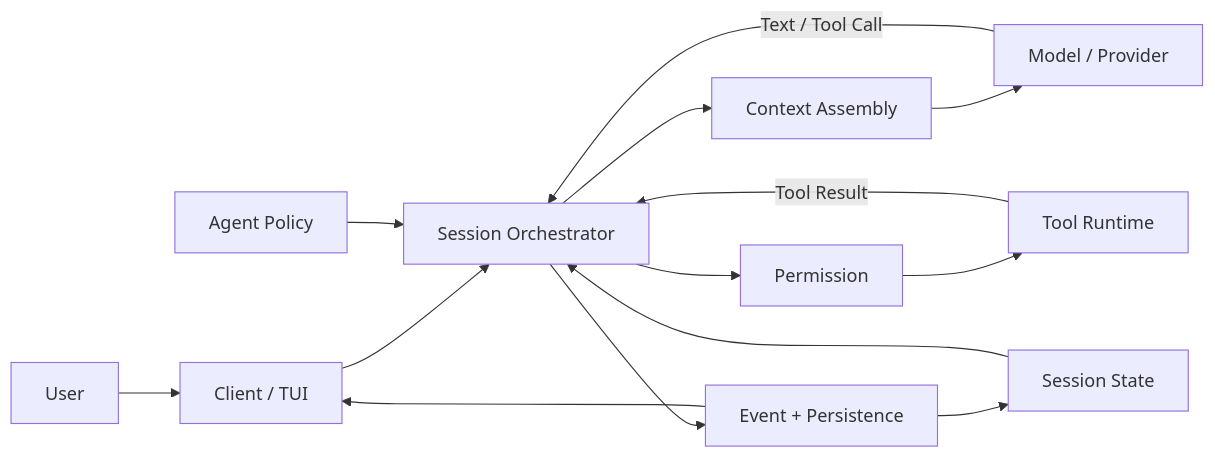
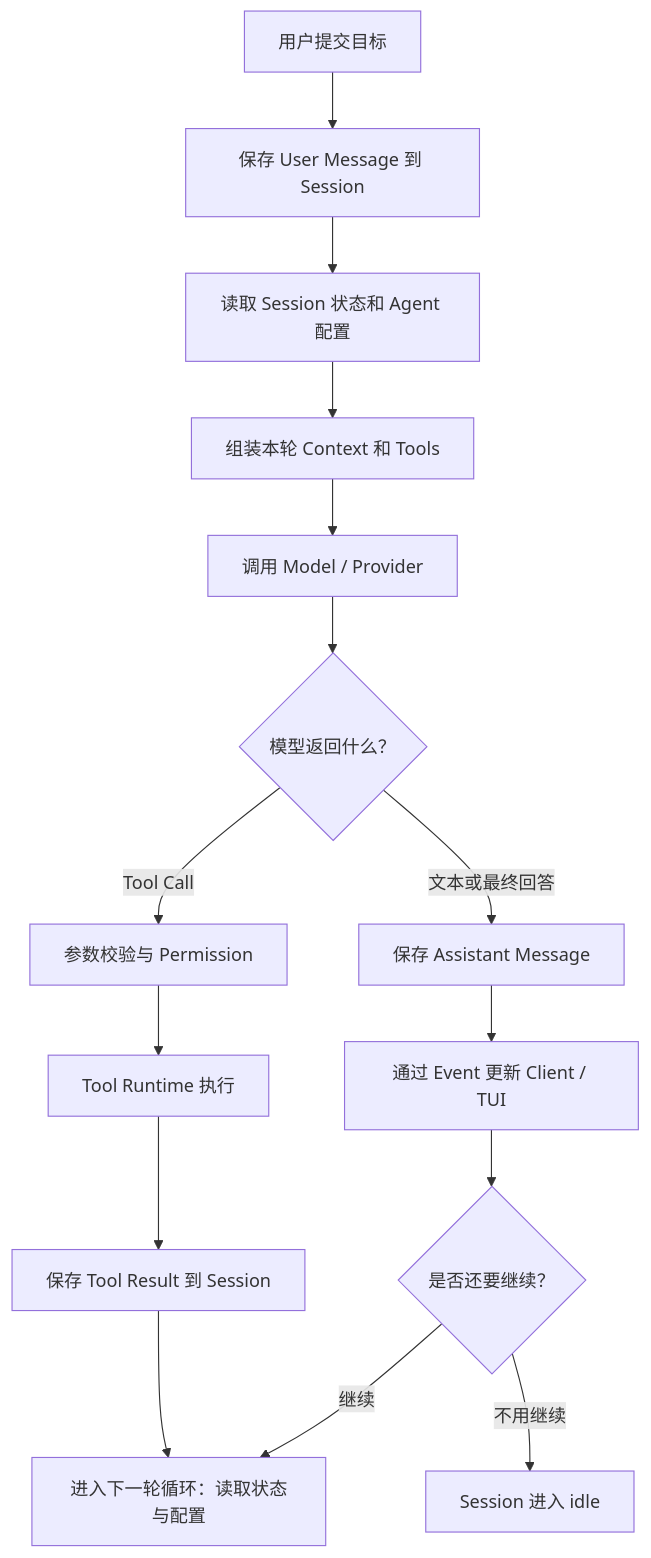
The diagram in Opencode_Harness/06_Harness.md (wuzhongyun648/Opencode_guide), drawn with Mermaid before and after one commit. The commit also changed other lines of this file and 33 other files, not shown here.

````diff
--- a/Opencode_Harness/06_Harness.md
+++ b/Opencode_Harness/06_Harness.md
@@ -72,19 +57,21 @@
 ```mermaid
-flowchart LR
-    U[User] --> C[Client / TUI]
-    C --> O[Session Orchestrator]
+flowchart TB
+    U[用户提交目标] --> S1[保存 User Message 到 Session]
+    S1 --> L[读取 Session 状态和 Agent 配置]
+    L --> C[组装本轮 Context 和 Tools]
+    C --> M[调用 Model / Provider]
 
-    A[Agent Policy] --> O
-    S[Session State] --> O
-    O --> X[Context Assembly]
-    X --> M[Model / Provider]
+    M --> D{模型返回什么？}
 
-    M -->|Text / Tool Call| O
-    O --> P[Permission]
-    P --> T[Tool Runtime]
-    T -->|Tool Result| O
+    D -->|Tool Call| V[参数校验与 Permission]
+    V --> T[Tool Runtime 执行]
+    T --> R[保存 Tool Result 到 Session]
 
-    O --> E[Event + Persistence]
-    E --> S
-    E --> C
+    D -->|文本或最终回答| A[保存 Assistant Message]
+    A --> E[通过 Event 更新 Client / TUI]
+    E --> F{是否还要继续？}
+
+    R --> N[进入下一轮循环：读取状态与配置]
+    F -->|继续| N
+    F -->|不用继续| I[Session 进入 idle]
 ```
````
